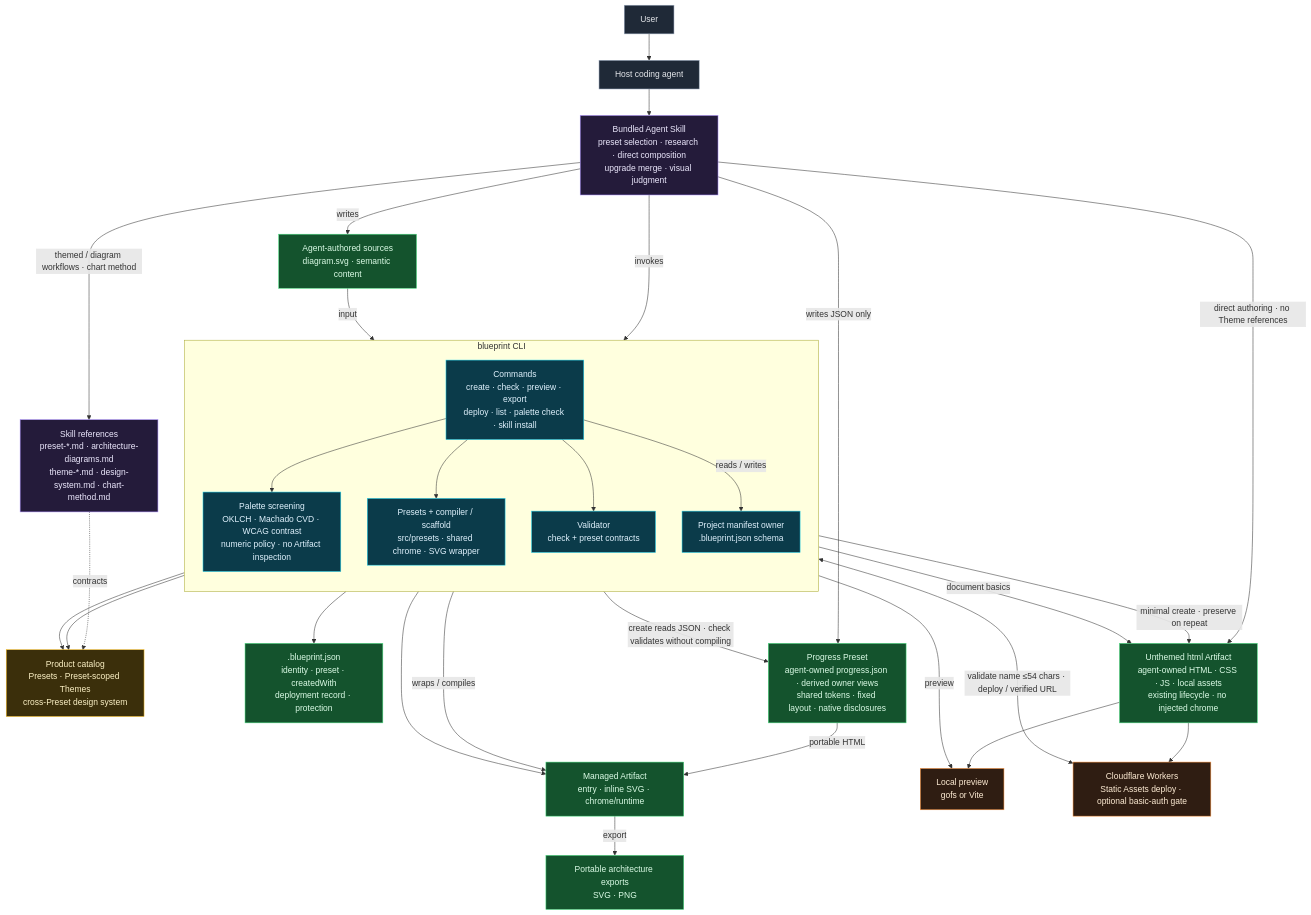
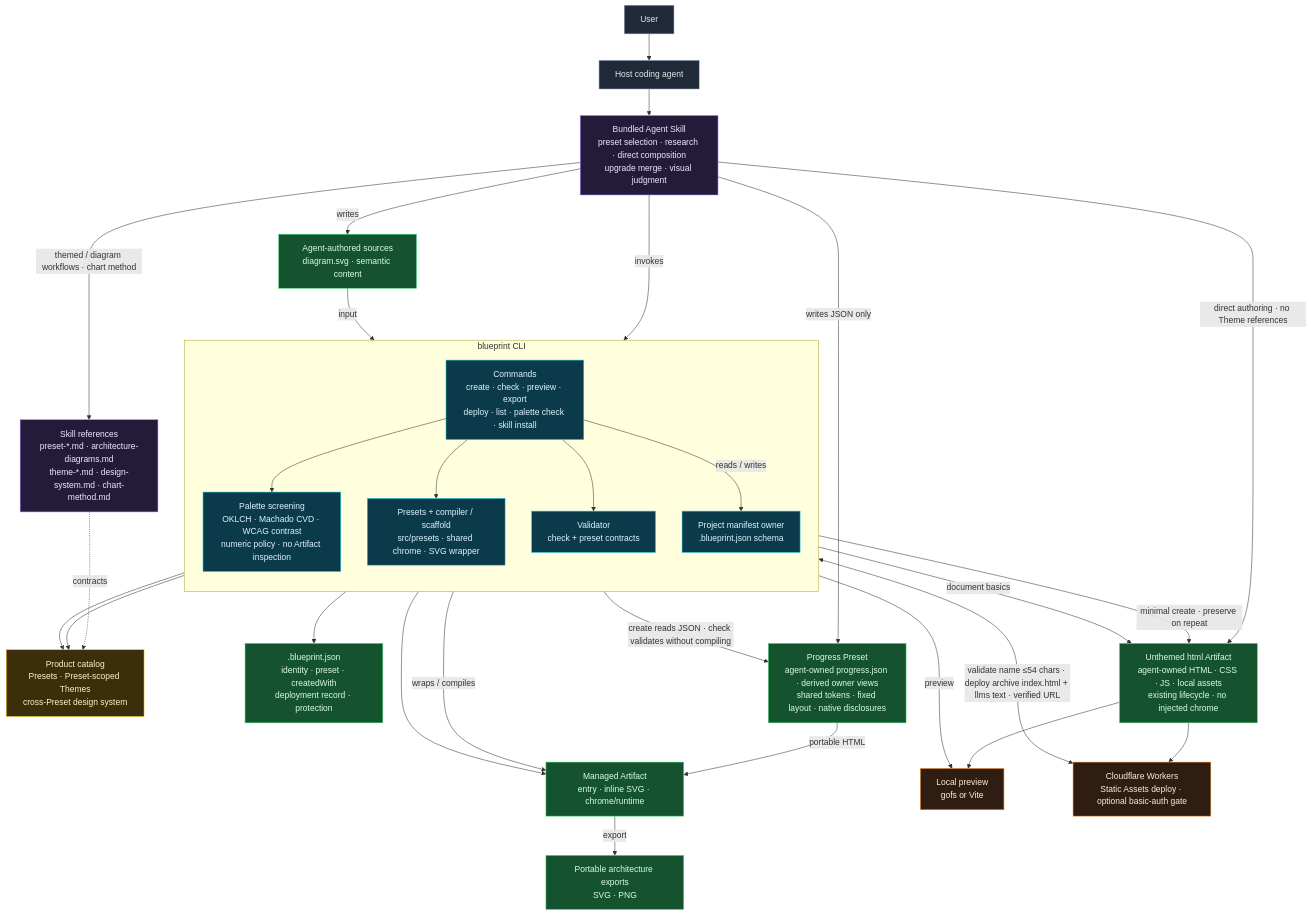
One commit to samzong/blueprint changed the diagram in docs/architecture/live/blueprint.mmd. Above: the diagram before and after it, drawn with Mermaid. The commit also changed 10 other files, not shown here.

```diff
--- a/docs/architecture/live/blueprint.mmd
+++ b/docs/architecture/live/blueprint.mmd
@@ -1,66 +1,66 @@
 %% blueprint — CLI + Agent Skill architecture
 %% Single source of truth for this repository's system boundary.
 %% UPDATE THIS FILE in the same change whenever the architecture changes.
 %% See README.md in this directory.
 flowchart TB
     classDef actor fill:#1f2937,stroke:#94a3b8,stroke-width:1px,color:#e5e7eb
     classDef skill fill:#241b3a,stroke:#a78bfa,stroke-width:1px,color:#ede9fe
     classDef cli fill:#0b3b4a,stroke:#22d3ee,stroke-width:1px,color:#e0f2fe
     classDef catalog fill:#3b2f0b,stroke:#fbbf24,stroke-width:1px,color:#fef3c7
     classDef artifact fill:#14532d,stroke:#4ade80,stroke-width:1px,color:#dcfce7
     classDef external fill:#2f1d12,stroke:#fb923c,stroke-width:1px,color:#ffedd5
 
     User["User"]:::actor
     Agent["Host coding agent"]:::actor
 
     Skill["Bundled Agent Skill<br/>preset selection · research · direct composition<br/>upgrade merge · visual judgment"]:::skill
     Refs["Skill references<br/>preset-*.md · architecture-diagrams.md<br/>theme-*.md · design-system.md · chart-method.md"]:::skill
 
     subgraph CLI["blueprint CLI"]
         direction TB
         Commands["Commands<br/>create · check · preview · export<br/>deploy · list · palette check · skill install"]:::cli
         Compiler["Presets + compiler / scaffold<br/>src/presets · shared chrome · SVG wrapper"]:::cli
         Validator["Validator<br/>check + preset contracts"]:::cli
         Palette["Palette screening<br/>OKLCH · Machado CVD · WCAG contrast<br/>numeric policy · no Artifact inspection"]:::cli
         Commands --> Palette
         Manifest["Project manifest owner<br/>.blueprint.json schema"]:::cli
         Commands --> Compiler
         Commands --> Validator
         Commands -->|"reads / writes"| Manifest
     end
 
     Catalog["Product catalog<br/>Presets · Preset-scoped Themes<br/>cross-Preset design system"]:::catalog
 
     Sources["Agent-authored sources<br/>diagram.svg · semantic content"]:::artifact
     Artifact["Managed Artifact<br/>entry · inline SVG · chrome/runtime"]:::artifact
     ProjectMeta[".blueprint.json<br/>identity · preset · createdWith<br/>deployment record · protection"]:::artifact
     Html["Unthemed html Artifact<br/>agent-owned HTML · CSS · JS · local assets<br/>existing lifecycle · no injected chrome"]:::artifact
     Progress["Progress Preset<br/>agent-owned progress.json · derived owner views<br/>shared tokens · fixed layout · native disclosures"]:::artifact
     Portable["Portable architecture exports<br/>SVG · PNG"]:::artifact
 
     Preview["Local preview<br/>gofs or Vite"]:::external
     Wrangler["Cloudflare Workers<br/>Static Assets deploy · optional basic-auth gate"]:::external
 
     User --> Agent
     Agent --> Skill
     Skill -->|"themed / diagram workflows · chart method"| Refs
     Skill -->|"invokes"| Commands
     Skill -->|"writes"| Sources
     Skill -->|"direct authoring · no Theme references"| Html
     Commands -->|"minimal create · preserve on repeat"| Html
     Validator -->|"document basics"| Html
     Html --> Preview
     Html --> Wrangler
     Refs -.->|"contracts"| Catalog
     Compiler --> Catalog
     Validator --> Catalog
     Sources -->|"input"| Compiler
     Compiler -->|"wraps / compiles"| Artifact
     Skill -->|"writes JSON only"| Progress
     Commands -->|"create reads JSON · check validates without compiling"| Progress
     Progress -->|"portable HTML"| Artifact
     Artifact -->|"export"| Portable
     Validator --> Artifact
     Manifest --> ProjectMeta
     Commands -->|"preview"| Preview
-    Commands <-->|"validate name ≤54 chars · deploy / verified URL"| Wrangler
+    Commands <-->|"validate name ≤54 chars · deploy archive index.html + llms text · verified URL"| Wrangler
```
